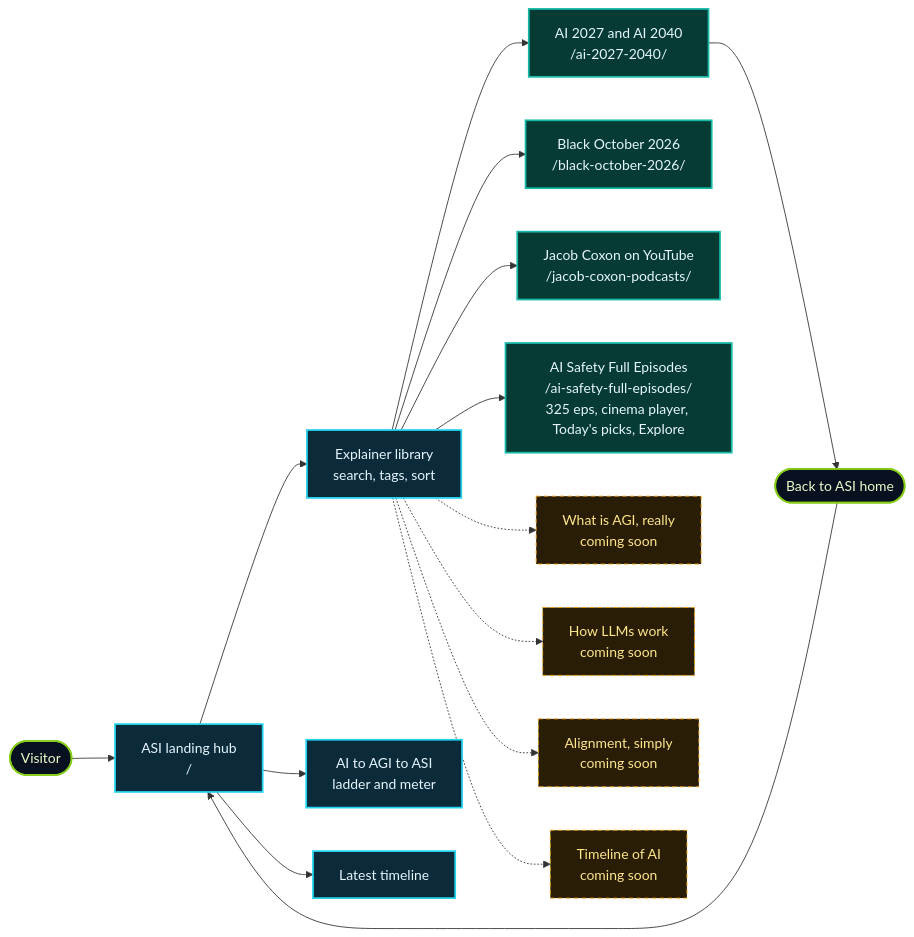
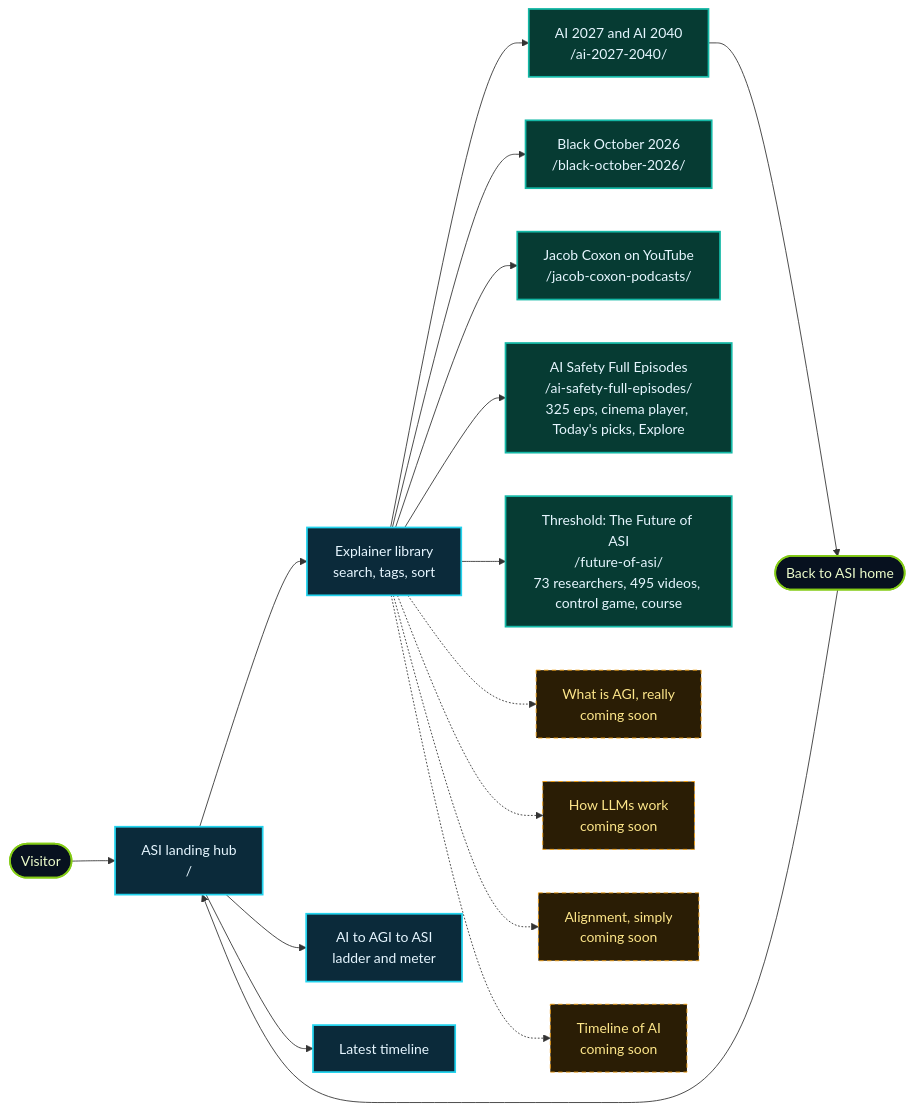
One commit to lo3elyon/ASI changed the first of 13 diagrams in README.md. Above: the diagram before and after it, drawn with Mermaid. The commit also changed other lines of this file and 153 other files, not shown here.

Commit message:
Add future-of-asi: Threshold, The Future of ASI (13 pages, 73 researchers, 495 videos, control game, course) and update hub and README

````diff
--- a/README.md
+++ b/README.md
@@ -70,25 +71,26 @@
 ```mermaid
 flowchart LR
     V(["Visitor"]) --> H["ASI landing hub<br/>/"]
     H --> L["Explainer library<br/>search, tags, sort"]
     H --> G["AI to AGI to ASI<br/>ladder and meter"]
     H --> T["Latest timeline"]
     L --> E1["AI 2027 and AI 2040<br/>/ai-2027-2040/"]
     L --> E6["Black October 2026<br/>/black-october-2026/"]
     L --> E7["Jacob Coxon on YouTube<br/>/jacob-coxon-podcasts/"]
     L --> E8["AI Safety Full Episodes<br/>/ai-safety-full-episodes/<br/>325 eps, cinema player, Today's picks, Explore"]
+    L --> E9["Threshold: The Future of ASI<br/>/future-of-asi/<br/>73 researchers, 495 videos, control game, course"]
     L -.-> E2["What is AGI, really<br/>coming soon"]
     L -.-> E3["How LLMs work<br/>coming soon"]
     L -.-> E4["Alignment, simply<br/>coming soon"]
     L -.-> E5["Timeline of AI<br/>coming soon"]
     E1 --> B(["Back to ASI home"])
     B --> H
     classDef hub fill:#0b2a3a,stroke:#22d3ee,stroke-width:2px,color:#e6f6ff
     classDef live fill:#063b33,stroke:#14b8a6,stroke-width:2px,color:#e6f6ff
     classDef soon fill:#2a1d05,stroke:#f59e0b,stroke-dasharray:5 4,color:#fde68a
     classDef user fill:#07111f,stroke:#84cc16,stroke-width:2px,color:#ecfccb
     class H,L,G,T hub
-    class E1,E6,E7,E8 live
+    class E1,E6,E7,E8,E9 live
     class E2,E3,E4,E5 soon
     class V,B user
 ```
````
